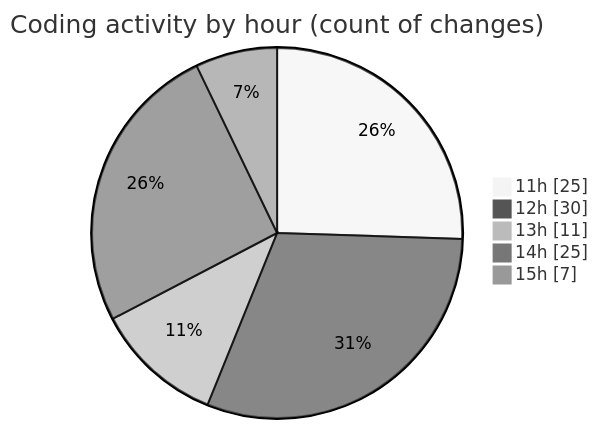
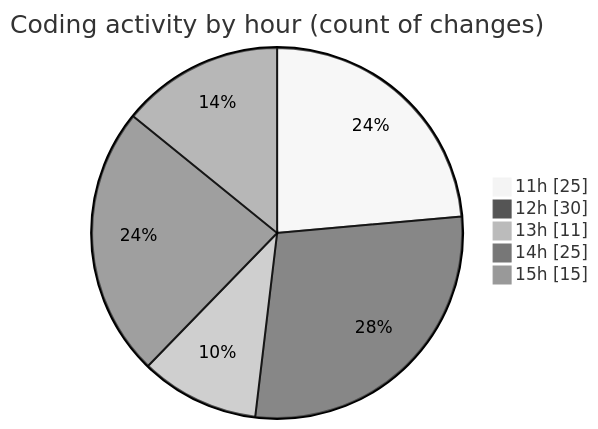
One commit to nxtqubesakshisongat/code-tracking changed the second of 2 diagrams in 2025-08-13/nxtqube_webapp/README.md. Above: the diagram before and after it, drawn with Mermaid (neutral theme). The commit also changed other lines of this file and 1 other file, not shown here.

````diff
--- a/2025-08-13/nxtqube_webapp/README.md
+++ b/2025-08-13/nxtqube_webapp/README.md
@@ -35,9 +35,9 @@
 ```mermaid
 pie showData
 title Coding activity by hour (count of changes)
 "11h" : 25
 "12h" : 30
 "13h" : 11
 "14h" : 25
-"15h" : 7
+"15h" : 15
 ```
````
